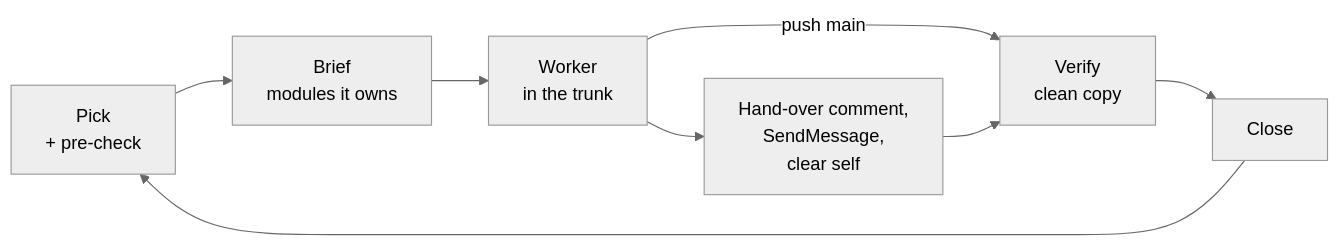
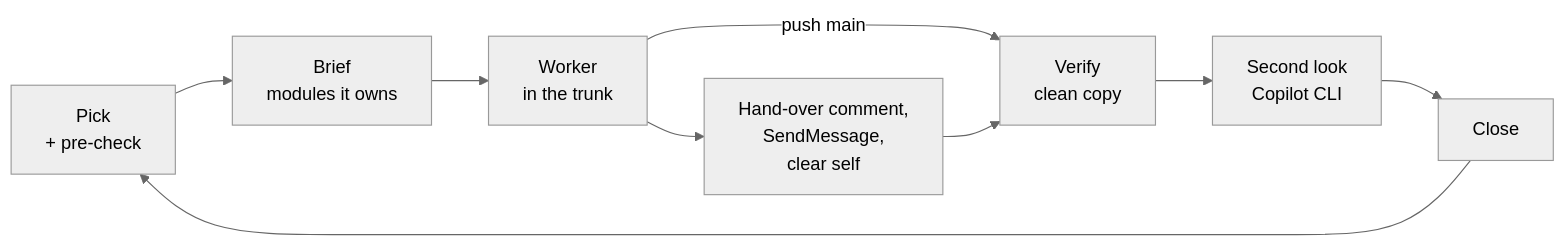
The second of 3 diagrams in docs/agents/orchestration.md (abossard/bossylights), drawn with Mermaid (neutral theme) before and after one commit. The commit also changed other lines of this file, not shown here.

Commit message:
docs: orchestration loop: a second look with the Copilot CLI (gpt-6.2-sol, max reasoning, read-only) after the orchestrator's own verify and before closing

````diff
--- a/docs/agents/orchestration.md
+++ b/docs/agents/orchestration.md
@@ -29,6 +29,6 @@
 ```mermaid
 flowchart LR
   P["Pick<br/>+ pre-check"] --> B["Brief<br/>modules it owns"] --> W["Worker<br/>in the trunk"] --> H["Hand-over comment,<br/>SendMessage,<br/>clear self"]
-  W -- "push main" --> V["Verify<br/>clean copy"] --> C["Close"] --> P
+  W -- "push main" --> V["Verify<br/>clean copy"] --> D["Second look<br/>Copilot CLI"] --> C["Close"] --> P
   H --> V
 ```
````
